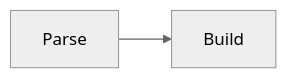
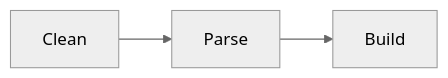
One commit to thiagola92/discord-social-sdk changed the second of 2 diagrams in README.md. Above: the diagram before and after it, drawn with Mermaid (neutral theme). The commit also changed other lines of this file and 2 other files, not shown here.

````diff
--- a/README.md
+++ b/README.md
@@ -94,4 +97,5 @@
 ```mermaid
 flowchart LR
+    Clean --> Parse
     Parse --> Build
 ```
````
